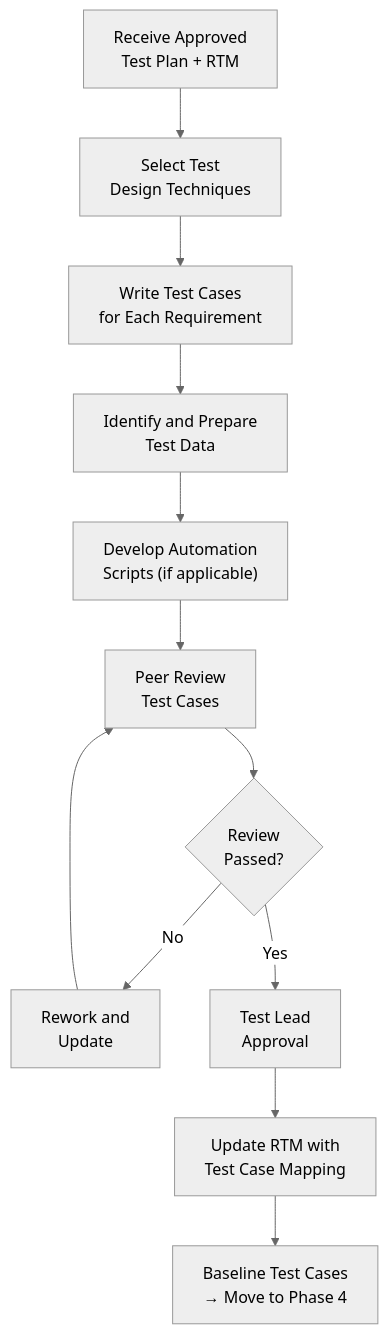
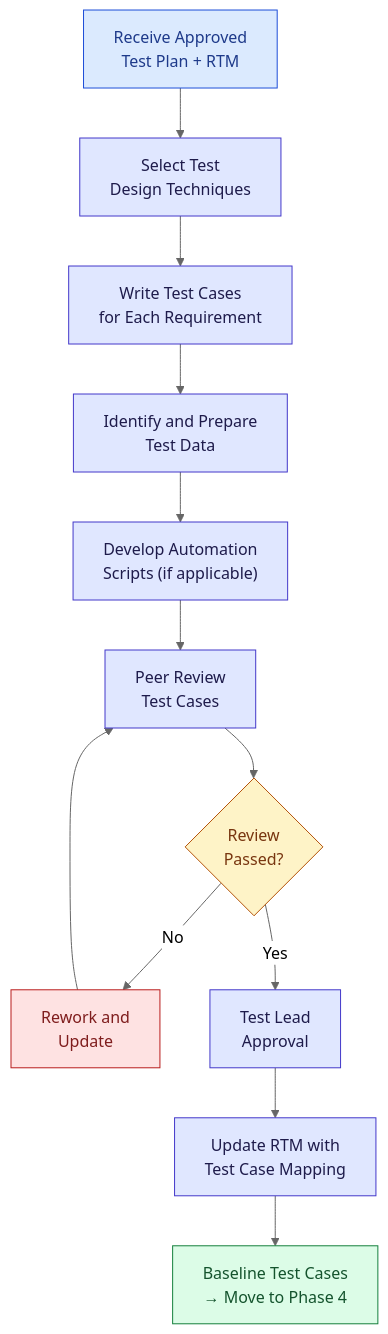
Before and after one commit to ghanendra-sdet/manual-testing-playbook: the fifth of 10 diagrams in Part_03_STLC.md, drawn with Mermaid (neutral theme). The commit also changed other lines of this file and 15 other files, not shown here.

Commit message:
Fix broken routes and anchors; update OWASP 2025, ISTQB v4.0, WCAG 2.2, Jira/Zephyr naming and pricing; style diagrams

````diff
--- a/Part_03_STLC.md
+++ b/Part_03_STLC.md
@@ -949,14 +982,25 @@
 ```mermaid
 flowchart TD
-    A["Receive Approved\nTest Plan + RTM"] --> B["Select Test\nDesign Techniques"]
-    B --> C["Write Test Cases\nfor Each Requirement"]
-    C --> D["Identify and Prepare\nTest Data"]
-    D --> E["Develop Automation\nScripts (if applicable)"]
-    E --> F["Peer Review\nTest Cases"]
-    F --> G{"Review\nPassed?"}
-    G -- No --> H["Rework and\nUpdate"]
+    A["Receive Approved<br/>Test Plan + RTM"] --> B["Select Test<br/>Design Techniques"]
+    B --> C["Write Test Cases<br/>for Each Requirement"]
+    C --> D["Identify and Prepare<br/>Test Data"]
+    D --> E["Develop Automation<br/>Scripts (if applicable)"]
+    E --> F["Peer Review<br/>Test Cases"]
+    F --> G{"Review<br/>Passed?"}
+    G -- No --> H["Rework and<br/>Update"]
     H --> F
-    G -- Yes --> I["Test Lead\nApproval"]
-    I --> J["Update RTM with\nTest Case Mapping"]
-    J --> K["Baseline Test Cases\n→ Move to Phase 4"]
+    G -- Yes --> I["Test Lead<br/>Approval"]
+    I --> J["Update RTM with<br/>Test Case Mapping"]
+    J --> K["Baseline Test Cases<br/>→ Move to Phase 4"]
+
+    classDef start fill:#dbeafe,stroke:#1d4ed8,color:#1e3a8a
+    classDef step fill:#e0e7ff,stroke:#4338ca,color:#1e1b4b
+    classDef decision fill:#fef3c7,stroke:#b45309,color:#78350f
+    classDef good fill:#dcfce7,stroke:#15803d,color:#14532d
+    classDef bad fill:#fee2e2,stroke:#b91c1c,color:#7f1d1d
+    class A start
+    class B,C,D,E,F,I,J step
+    class G decision
+    class H bad
+    class K good
 ```
````
